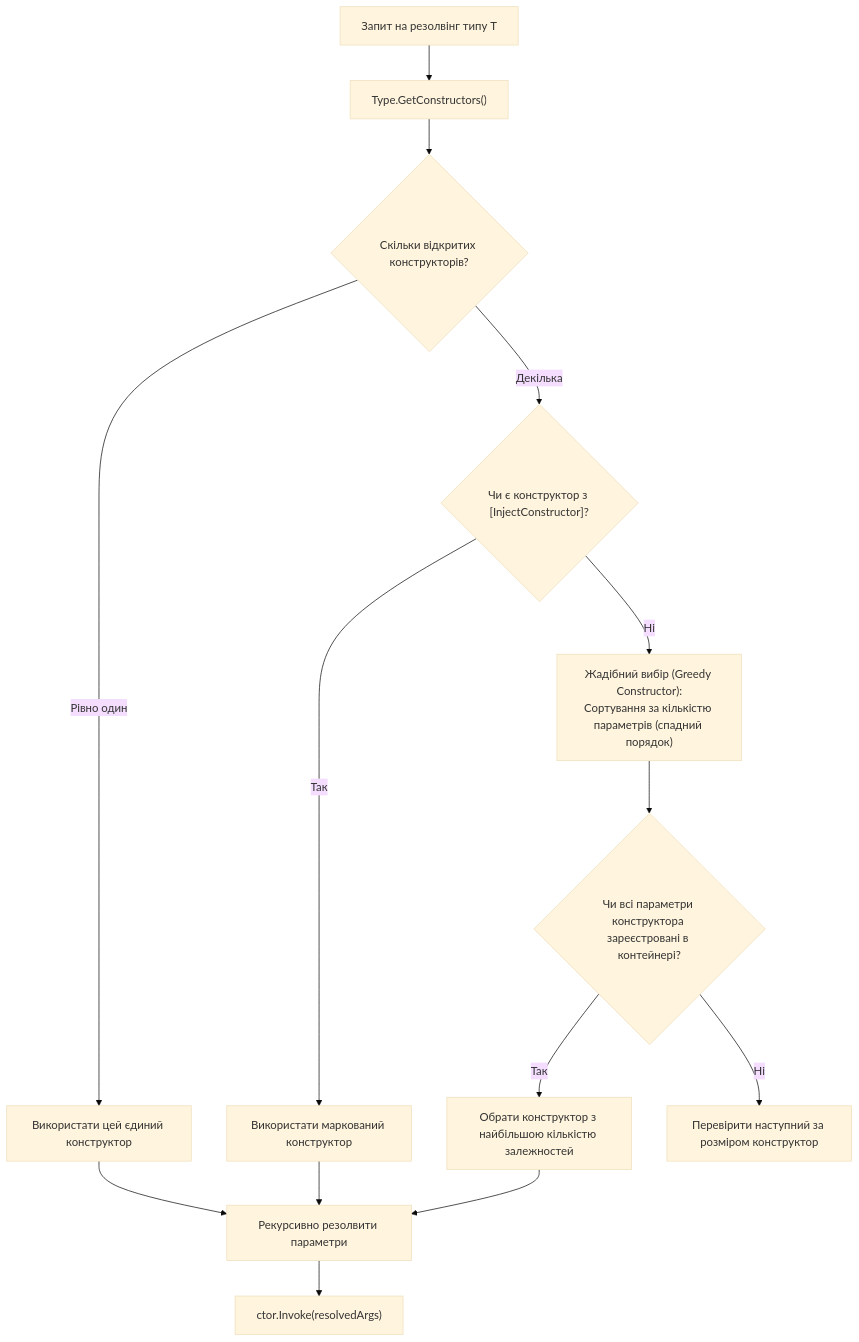
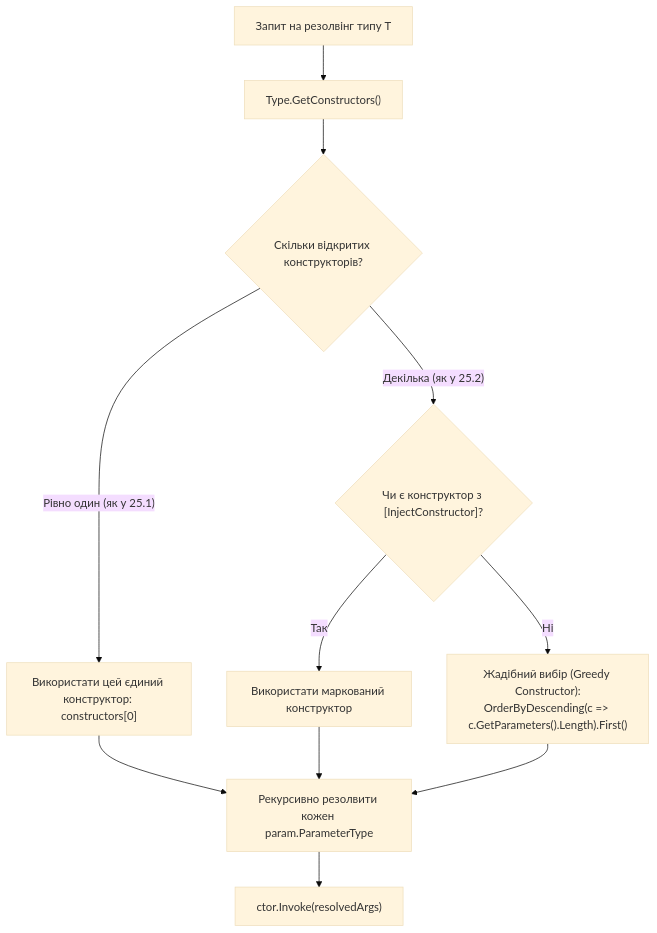
One commit to MrTomkaYurii/CSharp-OOP-Mastery changed the diagram in 06-Advanced-DotNet/02-Reflection-And-Metadata/Docs/06_Frameworks_And_Dependency_Injection/ConstructorResolution.md. Above: the diagram before and after it, drawn with Mermaid (base theme). The commit also changed other lines of this file and 48 other files, not shown here.

````diff
--- a/06-Advanced-DotNet/02-Reflection-And-Metadata/Docs/06_Frameworks_And_Dependency_Injection/ConstructorResolution.md
+++ b/06-Advanced-DotNet/02-Reflection-And-Metadata/Docs/06_Frameworks_And_Dependency_Injection/ConstructorResolution.md
@@ -12,20 +12,16 @@
 ```mermaid
 flowchart TD
     Start["Запит на резолвінг типу T"] --> GetCtors["Type.GetConstructors()"]
     GetCtors --> CheckCount{"Скільки відкритих конструкторів?"}
     
-    CheckCount -- "Рівно один" --> SingleCtor["Використати цей єдиний конструктор"]
-    CheckCount -- "Декілька" --> CheckAttr{"Чи є конструктор з [InjectConstructor]?"}
+    CheckCount -- "Рівно один (як у 25.1)" --> SingleCtor["Використати цей єдиний конструктор: constructors[0]"]
+    CheckCount -- "Декілька (як у 25.2)" --> CheckAttr{"Чи є конструктор з [InjectConstructor]?"}
     
     CheckAttr -- "Так" --> UseAttr["Використати маркований конструктор"]
-    CheckAttr -- "Ні" --> Greedy["Жадібний вибір (Greedy Constructor):<br/>Сортування за кількістю параметрів (спадний порядок)"]
+    CheckAttr -- "Ні" --> Greedy["Жадібний вибір (Greedy Constructor):<br/>OrderByDescending(c => c.GetParameters().Length).First()"]
     
-    Greedy --> CheckResolvable{"Чи всі параметри конструктора зареєстровані в контейнері?"}
-    CheckResolvable -- "Так" --> PickBest["Обрати конструктор з найбільшою кількістю залежностей"]
-    CheckResolvable -- "Ні" --> NextCtor["Перевірити наступний за розміром конструктор"]
-    
-    SingleCtor --> ResolveParams["Рекурсивно резолвити параметри"]
+    SingleCtor --> ResolveParams["Рекурсивно резолвити кожен param.ParameterType"]
     UseAttr --> ResolveParams
-    PickBest --> ResolveParams
+    Greedy --> ResolveParams
     ResolveParams --> InvokeCtor["ctor.Invoke(resolvedArgs)"]
 ```
````
